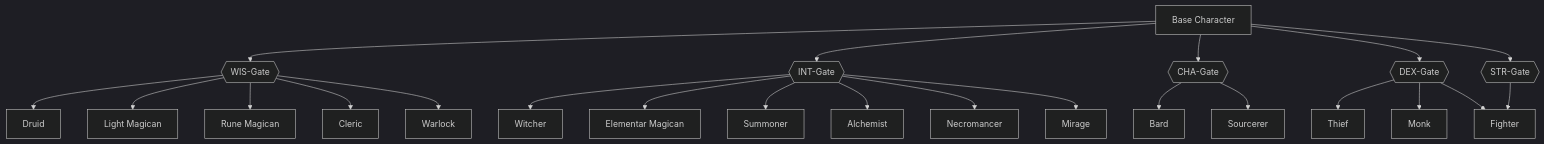
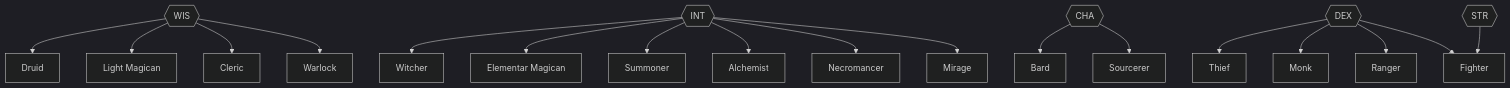
One commit to WiIdNeo/DnD changed the diagram in Classes and Races/Class and Race - README.md. Above: the diagram before and after it, drawn with Mermaid (dark theme). The commit also changed other lines of this file, not shown here.

Commit message:
Update Class and Race - README.md

````diff
--- a/Classes and Races/Class and Race - README.md
+++ b/Classes and Races/Class and Race - README.md
@@ -86,45 +86,47 @@
 ```mermaid
 flowchart TD
-Z[Base Character]
-GA{{WIS-Gate}}
-GB{{INT-Gate}}
-GC{{CHA-Gate}}
-GD{{DEX-Gate}}
-GE{{STR-Gate}}
+GA{{WIS}}
+GB{{INT}}
+GC{{CHA}}
+GD{{DEX}}
+GE{{STR}}
 
 T[Thief]
 W[Warlock]
 B[Bard]
 F[Fighter]
 C[Alchemist]
 D[Druid]
 R[Ranger]
 N[Necromancer]
 M[Mirage]
 H[Witcher]
 S[Summoner]
 L[Light Magican]
 E[Elementar Magican]
 G[Sourcerer]
 I[Cleric]
 J[Monk]
-R[Rune Magican]
 
-Z --> GA --> D
+GA --> D
 GA --> L
-GA --> R
 GA --> I
 GA --> W
-Z --> GB --> H
+
+GB --> H
 GB --> E
 GB --> S
 GB --> C
 GB --> N
 GB --> M
-Z --> GC --> B
+
+GC --> B
 GC --> G
-Z --> GD --> T
+
+GD --> T
 GD --> J
+GD --> R
 GD --> F
-Z --> GE --> F
+
+GE --> F
 ```
````
